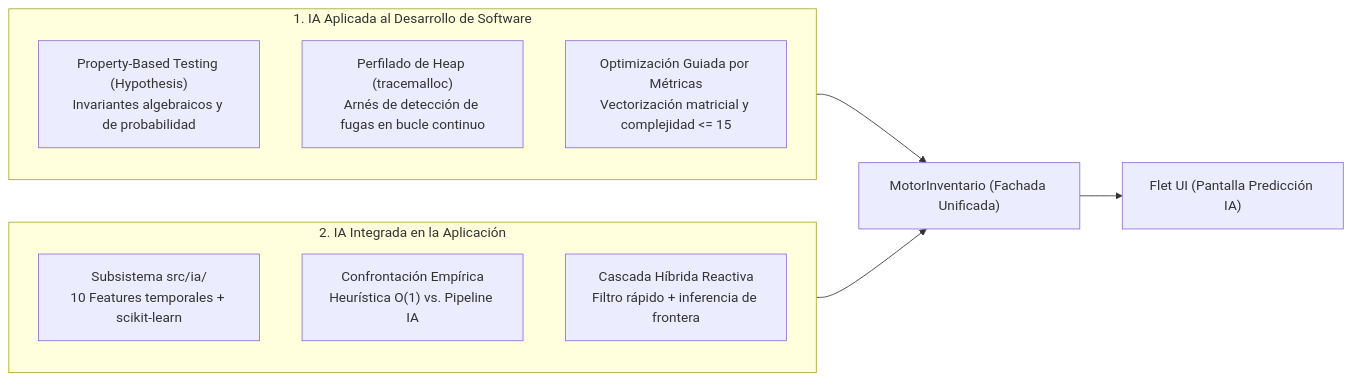
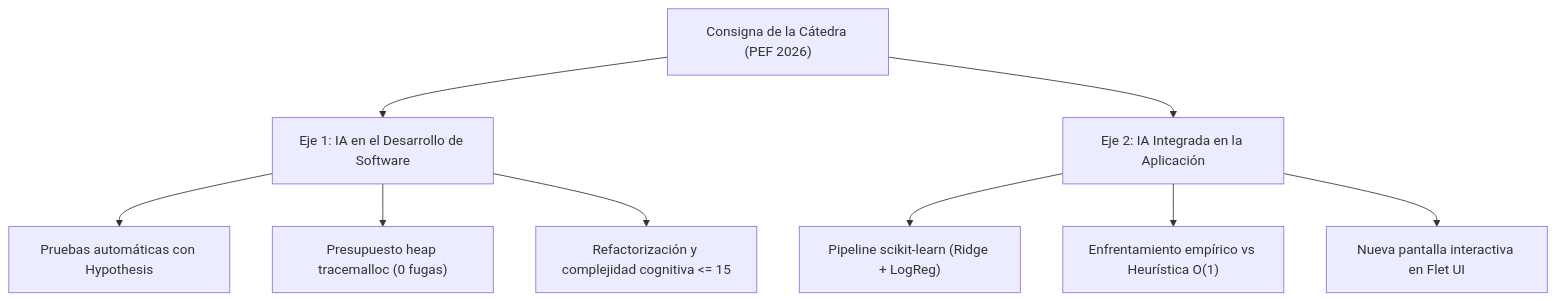
Before and after one commit to GastMolina267/PEF-Optimizador-de-Inventario: the diagram in docs/final/resumen-proyecto-final.md, drawn with Mermaid. The commit also changed other lines of this file, not shown here.

````diff
--- a/docs/final/resumen-proyecto-final.md
+++ b/docs/final/resumen-proyecto-final.md
@@ -15,20 +29,13 @@
 ```mermaid
-flowchart LR
-  subgraph Enfoque1 ["1. IA Aplicada al Desarrollo de Software"]
-    direction TB
-    Hypo["Property-Based Testing (Hypothesis)\nInvariantes algebraicos y de probabilidad"]
-    Trace["Perfilado de Heap (tracemalloc)\nArnés de detección de fugas en bucle continuo"]
-    AstOpt["Optimización Guiada por Métricas\nVectorización matricial y complejidad <= 15"]
-  end
+flowchart TD
+    Req["Consigna de la Cátedra (PEF 2026)"] --> Eje1["Eje 1: IA en el Desarrollo de Software"]
+    Req --> Eje2["Eje 2: IA Integrada en la Aplicación"]
 
-  subgraph Enfoque2 ["2. IA Integrada en la Aplicación"]
-    direction TB
-    SubIA["Subsistema src/ia/\n10 Features temporales + scikit-learn"]
-    Confront["Confrontación Empírica\nHeurística O(1) vs. Pipeline IA"]
-    Cascade["Cascada Híbrida Reactiva\nFiltro rápido + inferencia de frontera"]
-  end
+    Eje1 --> T1["Pruebas automáticas con Hypothesis"]
+    Eje1 --> T2["Presupuesto heap tracemalloc (0 fugas)"]
+    Eje1 --> T3["Refactorización y complejidad cognitiva <= 15"]
 
-  Enfoque1 --> MotorInventario["MotorInventario (Fachada Unificada)"]
-  Enfoque2 --> MotorInventario
-  MotorInventario --> UI["Flet UI (Pantalla Predicción IA)"]
+    Eje2 --> M1["Pipeline scikit-learn (Ridge + LogReg)"]
+    Eje2 --> M2["Enfrentamiento empírico vs Heurística O(1)"]
+    Eje2 --> M3["Nueva pantalla interactiva en Flet UI"]
 ```
````
